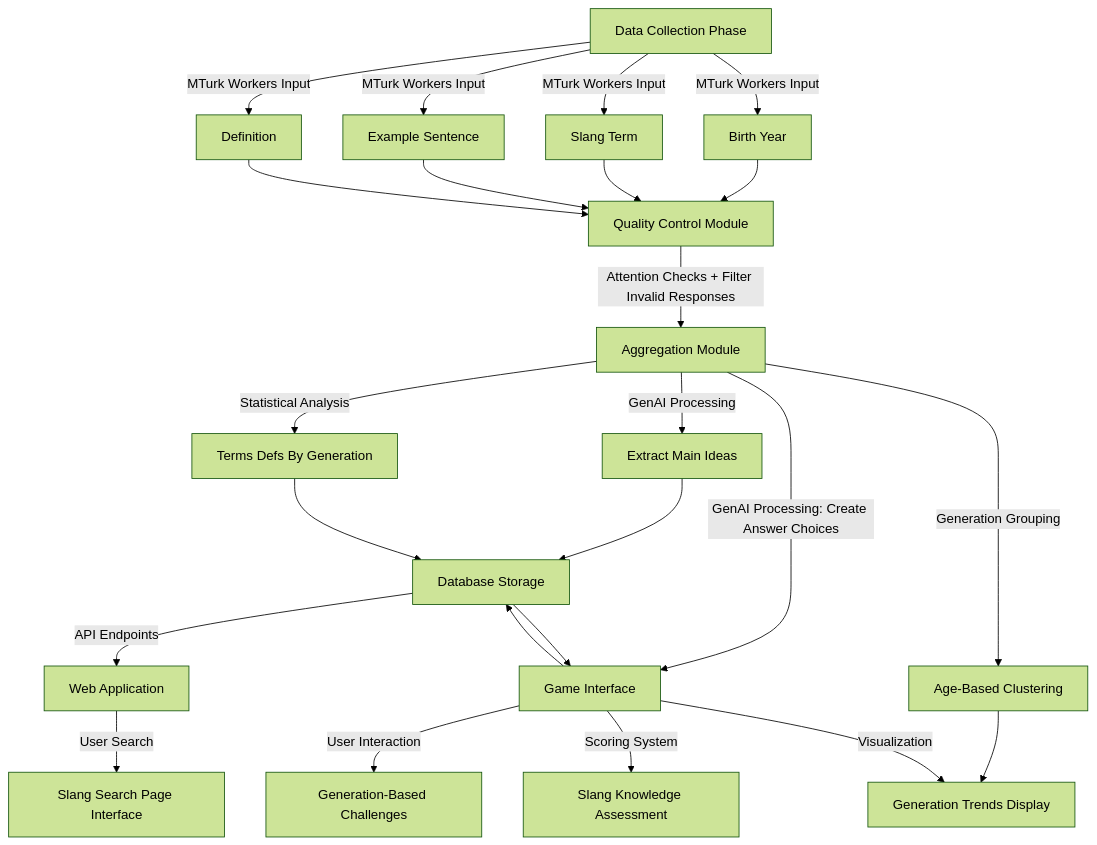
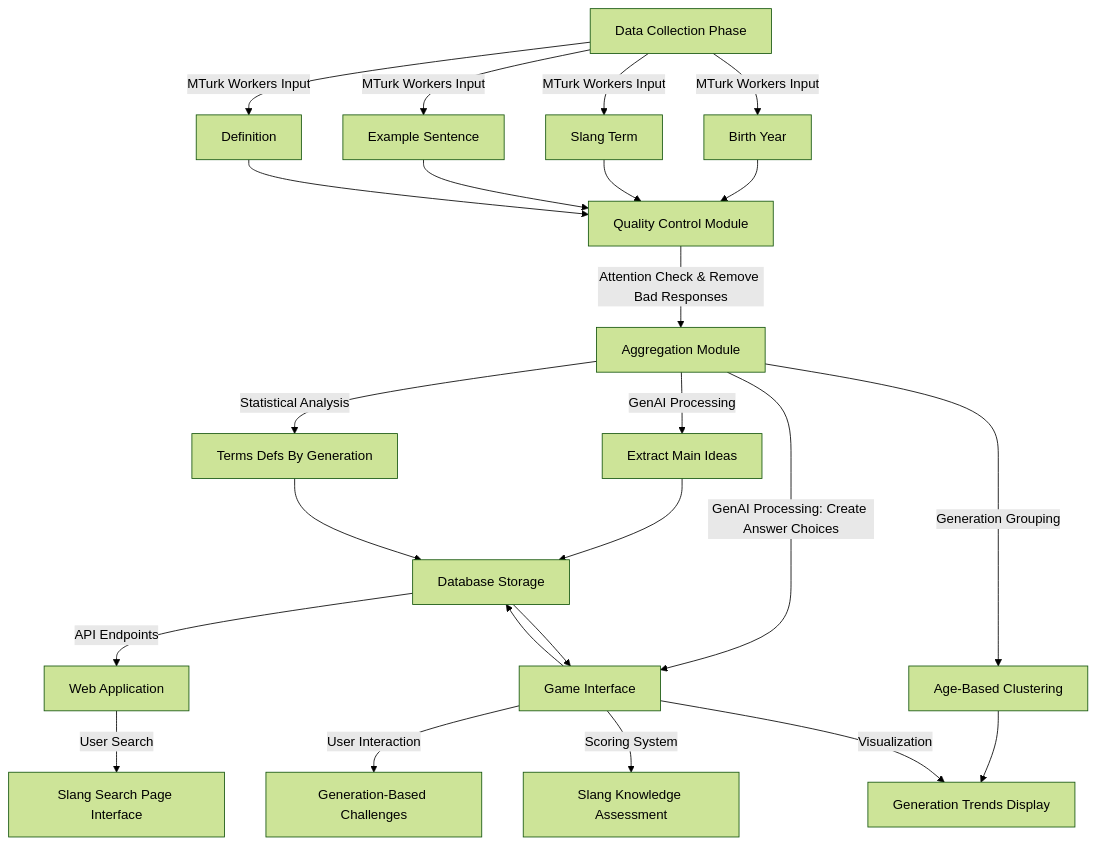
Before and after one commit to qareeb19/nets-2130: the diagram in flowchat2.md, drawn with Mermaid (forest theme).

````diff
--- a/flowchat2.md
+++ b/flowchat2.md
@@ -1,33 +1,33 @@
 ```mermaid
 flowchart TD
     A[Data Collection Phase] --> |MTurk Workers Input| A1[Birth Year]
     A --> |MTurk Workers Input| A2[Slang Term]
     A --> |MTurk Workers Input| A3[Example Sentence]
     A --> |MTurk Workers Input| A4[Definition]
 
     A1 --> B[Quality Control Module]
     A2 --> B
     A3 --> B
     A4 --> B
 
-    B --> |Attention Checks + Filter Invalid Responses| C[Aggregation Module]
+    B --> |Attention Check & Remove Bad Responses| C[Aggregation Module]
 
     C --> |GenAI Processing| C1[Extract Main Ideas]
     C --> |Statistical Analysis| C2[Terms Defs By Generation]
     C --> |Generation Grouping| C3[Age-Based Clustering]
 
     C1 --> E
     C2 --> E
     C3 --> D3
 
 
     C --> |GenAI Processing: Create Answer Choices| D[Game Interface]
     D --> |User Interaction| D1[Generation-Based Challenges]
     D --> |Scoring System| D2[Slang Knowledge Assessment]
     D --> |Visualization| D3[Generation Trends Display]
 
     D --> E[Database Storage]
     E --> D
     E --> |API Endpoints| F[Web Application]
     F --> |User Search| G[Slang Search Page Interface]
 ```
````
